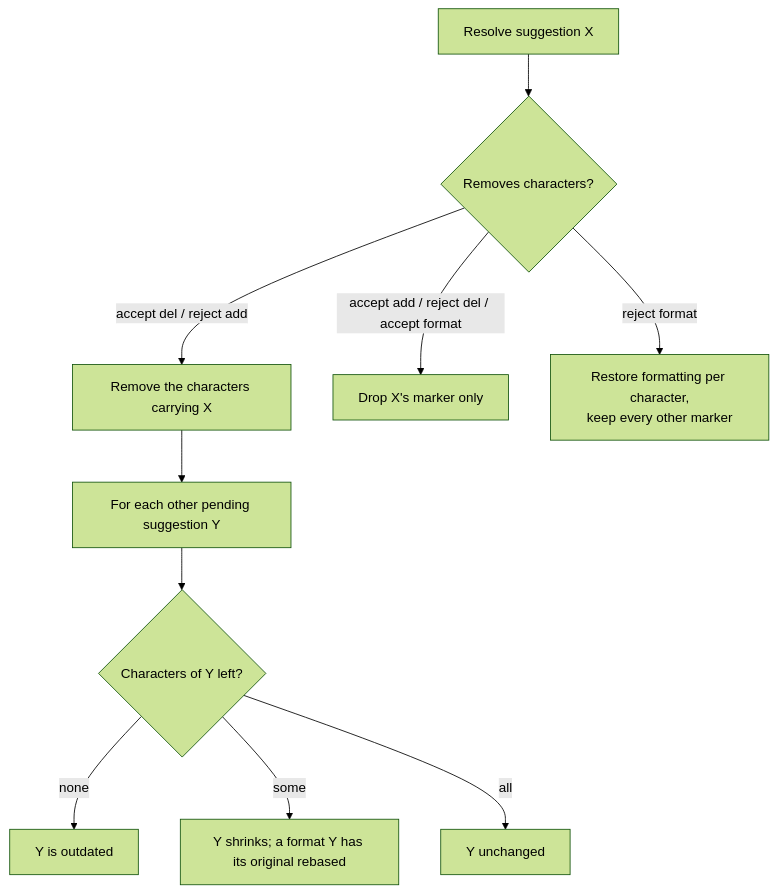
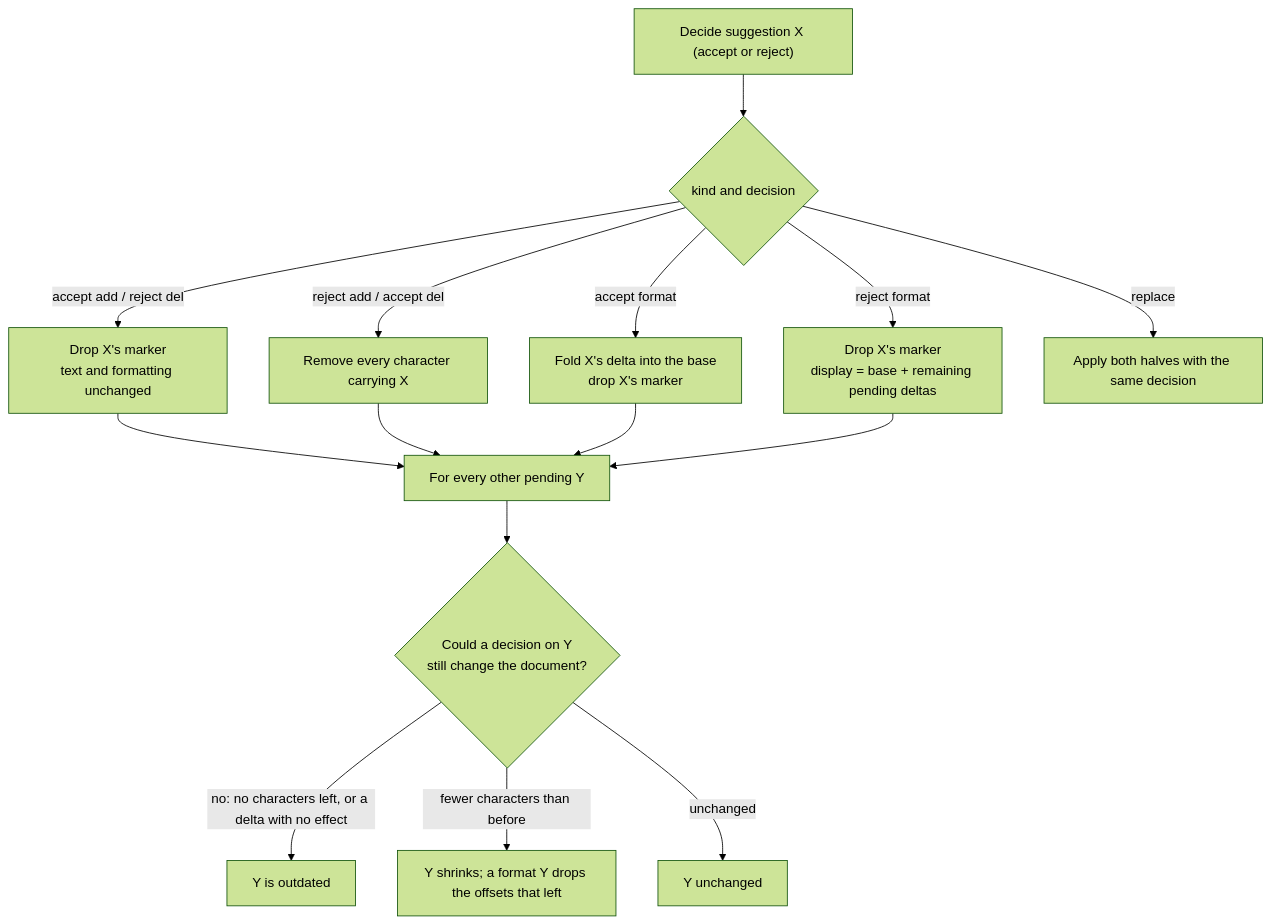
The second of 5 diagrams in docs/explanations/architecture/suggestions.md (WordPress/gutenberg), drawn with Mermaid (forest theme) before and after one commit. The commit also changed other lines of this file and 1 other file, not shown here.

First line of the commit message:
Suggestion mode: Document overlapping suggestions as stacks and deltas

````diff
--- a/docs/explanations/architecture/suggestions.md
+++ b/docs/explanations/architecture/suggestions.md
@@ -214,12 +220,17 @@
 ```mermaid
 flowchart TD
-  op["Resolve suggestion X"] --> kind{"Removes characters?"}
-  kind -->|"accept del / reject add"| rm["Remove the characters carrying X"]
-  kind -->|"accept add / reject del / accept format"| un["Drop X's marker only"]
-  kind -->|"reject format"| rf["Restore formatting per character,<br/>keep every other marker"]
-  rm --> scan["For each other pending suggestion Y"]
-  scan --> left{"Characters of Y left?"}
-  left -->|none| out["Y is outdated"]
-  left -->|some| sh["Y shrinks; a format Y has its original rebased"]
-  left -->|all| same["Y unchanged"]
+  D["Decide suggestion X (accept or reject)"] --> K{"kind and decision"}
+  K -->|"accept add / reject del"| drop["Drop X's marker<br/>text and formatting unchanged"]
+  K -->|"reject add / accept del"| cut["Remove every character carrying X"]
+  K -->|"accept format"| fold["Fold X's delta into the base<br/>drop X's marker"]
+  K -->|"reject format"| rev["Drop X's marker<br/>display = base + remaining pending deltas"]
+  K -->|"replace"| both["Apply both halves with the same decision"]
+  drop --> scan
+  cut --> scan
+  fold --> scan
+  rev --> scan
+  scan["For every other pending Y"] --> eff{"Could a decision on Y<br/>still change the document?"}
+  eff -->|"no: no characters left, or a delta with no effect"| out["Y is outdated"]
+  eff -->|"fewer characters than before"| shrink["Y shrinks; a format Y drops the offsets that left"]
+  eff -->|"unchanged"| same["Y unchanged"]
 ```
````
